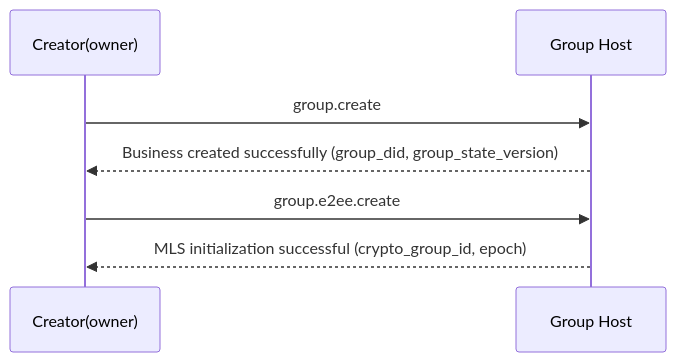
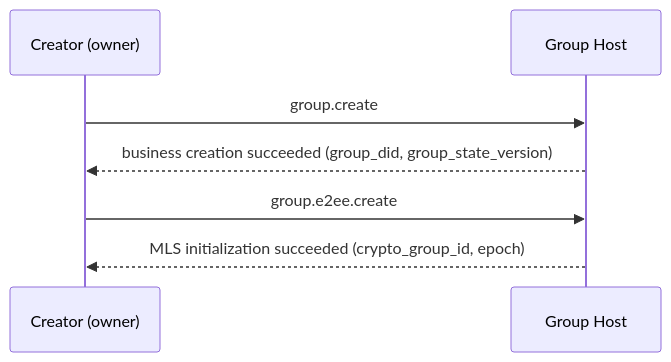
One commit to NeatNerdPrime/AgentNetworkProtocol changed the first of 5 diagrams in message/06-group-end-to-end-encryption.md. Above: the diagram before and after it, drawn with Mermaid. The commit also changed other lines of this file and 7 other files, not shown here.

````diff
--- a/message/06-group-end-to-end-encryption.md
+++ b/message/06-group-end-to-end-encryption.md
@@ -1319,10 +1327,10 @@
 ```mermaid
 sequenceDiagram
-    participant C as Creator(owner)
+    participant C as Creator (owner)
     participant H as Group Host
 
     C->>H: group.create
-    H-->>C: Business created successfully (group_did, group_state_version)
+    H-->>C: business creation succeeded (group_did, group_state_version)
     C->>H: group.e2ee.create
-    H-->>C: MLS initialization successful (crypto_group_id, epoch)
+    H-->>C: MLS initialization succeeded (crypto_group_id, epoch)
 ```
````
